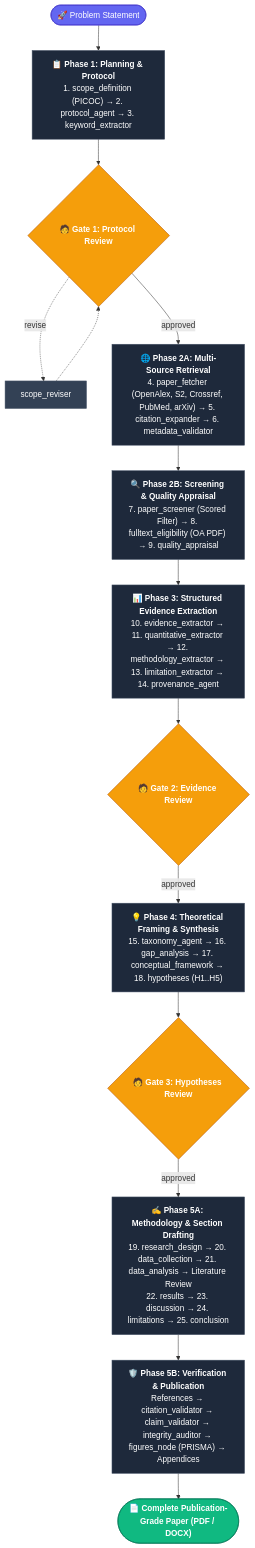
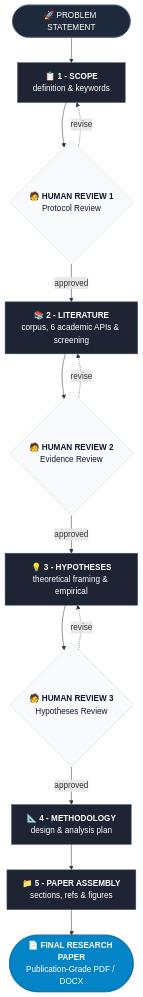
One commit to Aryan-Pardeshi/DeepResearch_AI changed the second of 2 diagrams in README.md. Above: the diagram before and after it, drawn with Mermaid. The commit also changed other lines of this file, not shown here.

Commit message:
docs(readme): update 25-agent pipeline to clean flowchart TD matching reference architecture

````diff
--- a/README.md
+++ b/README.md
@@ -73,35 +65,26 @@
 ```mermaid
-flowchart TB
-    START(["🚀 Problem Statement"]) --> P1["📋 <b>Phase 1: Planning & Protocol</b><br/>1. scope_definition (PICOC) → 2. protocol_agent → 3. keyword_extractor"]
-    P1 --> G1{"🧑 <b>Gate 1: Protocol Review</b>"}
-    G1 -.->|"revise"| P1_REV["scope_reviser"]
-    P1_REV -.-> G1
+flowchart TD
+    START(["🚀 PROBLEM STATEMENT"]) --> P1["📋 <b>1 - SCOPE</b><br/>definition & keywords"]
+    P1 --> G1{"🧑 <b>HUMAN REVIEW 1</b><br/>Protocol Review"}
+    G1 -.->|"revise"| P1
+    G1 -->|"approved"| P2["📚 <b>2 - LITERATURE</b><br/>corpus, 6 academic APIs & screening"]
+    P2 --> G2{"🧑 <b>HUMAN REVIEW 2</b><br/>Evidence Review"}
+    G2 -.->|"revise"| P2
+    G2 -->|"approved"| P3["💡 <b>3 - HYPOTHESES</b><br/>theoretical framing & empirical"]
+    P3 --> G3{"🧑 <b>HUMAN REVIEW 3</b><br/>Hypotheses Review"}
+    G3 -.->|"revise"| P3
+    G3 -->|"approved"| P4["📐 <b>4 - METHODOLOGY</b><br/>design & analysis plan"]
+    P4 --> P5["📁 <b>5 - PAPER ASSEMBLY</b><br/>sections, refs & figures"]
+    P5 --> OUT(["📄 <b>FINAL RESEARCH PAPER</b><br/>Publication-Grade PDF / DOCX"])
 
-    G1 -->|"approved"| P2A["🌐 <b>Phase 2A: Multi-Source Retrieval</b><br/>4. paper_fetcher (OpenAlex, S2, Crossref, PubMed, arXiv) → 5. citation_expander → 6. metadata_validator"]
-    P2A --> P2B["🔍 <b>Phase 2B: Screening & Quality Appraisal</b><br/>7. paper_screener (Scored Filter) → 8. fulltext_eligibility (OA PDF) → 9. quality_appraisal"]
-
-    P2B --> P3["📊 <b>Phase 3: Structured Evidence Extraction</b><br/>10. evidence_extractor → 11. quantitative_extractor → 12. methodology_extractor → 13. limitation_extractor → 14. provenance_agent"]
-    P3 --> G2{"🧑 <b>Gate 2: Evidence Review</b>"}
-
-    G2 -->|"approved"| P4["💡 <b>Phase 4: Theoretical Framing & Synthesis</b><br/>15. taxonomy_agent → 16. gap_analysis → 17. conceptual_framework → 18. hypotheses (H1..H5)"]
-    P4 --> G3{"🧑 <b>Gate 3: Hypotheses Review</b>"}
-
-    G3 -->|"approved"| P5A["✍️ <b>Phase 5A: Methodology & Section Drafting</b><br/>19. research_design → 20. data_collection → 21. data_analysis → Literature Review<br/>22. results → 23. discussion → 24. limitations → 25. conclusion"]
-    P5A --> P5B["🛡️ <b>Phase 5B: Verification & Publication</b><br/>References → citation_validator → claim_validator → integrity_auditor → figures_node (PRISMA) → Appendices"]
-
-    P5B --> END_NODE(["📄 <b>Complete Publication-Grade Paper (PDF / DOCX)</b>"])
-
-    style START fill:#6366f1,stroke:#4338ca,color:#fff
-    style G1 fill:#f59e0b,stroke:#b45309,color:#fff
-    style G2 fill:#f59e0b,stroke:#b45309,color:#fff
-    style G3 fill:#f59e0b,stroke:#b45309,color:#fff
-    style END_NODE fill:#10b981,stroke:#047857,color:#fff
-    style P1 fill:#1e293b,stroke:#475569,color:#fff
-    style P1_REV fill:#334155,stroke:#475569,color:#fff
-    style P2A fill:#1e293b,stroke:#475569,color:#fff
-    style P2B fill:#1e293b,stroke:#475569,color:#fff
-    style P3 fill:#1e293b,stroke:#475569,color:#fff
-    style P4 fill:#1e293b,stroke:#475569,color:#fff
-    style P5A fill:#1e293b,stroke:#475569,color:#fff
-    style P5B fill:#1e293b,stroke:#475569,color:#fff
+    style START fill:#1e293b,stroke:#475569,color:#fff
+    style P1 fill:#1e2433,stroke:#475569,color:#fff
+    style P2 fill:#1e2433,stroke:#475569,color:#fff
+    style P3 fill:#1e2433,stroke:#475569,color:#fff
+    style P4 fill:#1e2433,stroke:#475569,color:#fff
+    style P5 fill:#1e2433,stroke:#475569,color:#fff
+    style G1 fill:#f8fafc,stroke:#cbd5e1,color:#0f172a
+    style G2 fill:#f8fafc,stroke:#cbd5e1,color:#0f172a
+    style G3 fill:#f8fafc,stroke:#cbd5e1,color:#0f172a
+    style OUT fill:#0284c7,stroke:#0369a1,color:#fff
 ```
````
